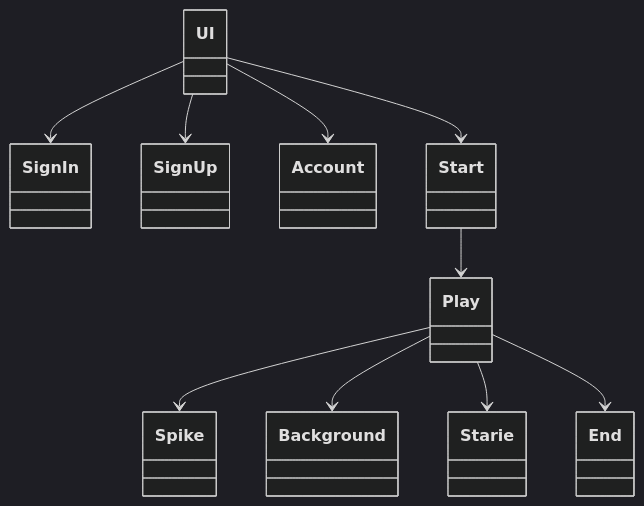
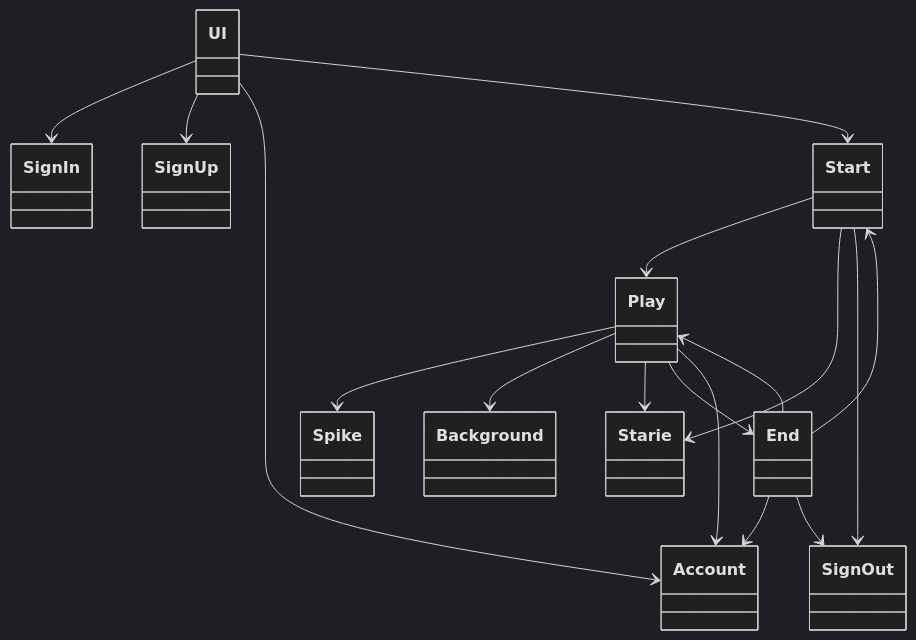
One commit to sohvip/ot-harjoitustyo changed the first of 5 diagrams in dokumentaatio/arkkitehtuuri.md. Above: the diagram before and after it, drawn with Mermaid (dark theme). The commit also changed other lines of this file, not shown here.

````diff
--- a/dokumentaatio/arkkitehtuuri.md
+++ b/dokumentaatio/arkkitehtuuri.md
@@ -12,12 +12,19 @@
 ```mermaid
   classDiagram
       UI --> SignIn
       UI --> SignUp
       UI --> Account
       UI --> Start
       Start --> Play
+      Start --> Starie
+      Start --> SignOut
       Play --> Spike
       Play --> Background
       Play --> Starie
-      Play --> End   
+      Play --> End
+      Play --> Account
+      End --> Account
+      End --> SignOut
+      End --> Play
+      End --> Start
 ```
````
